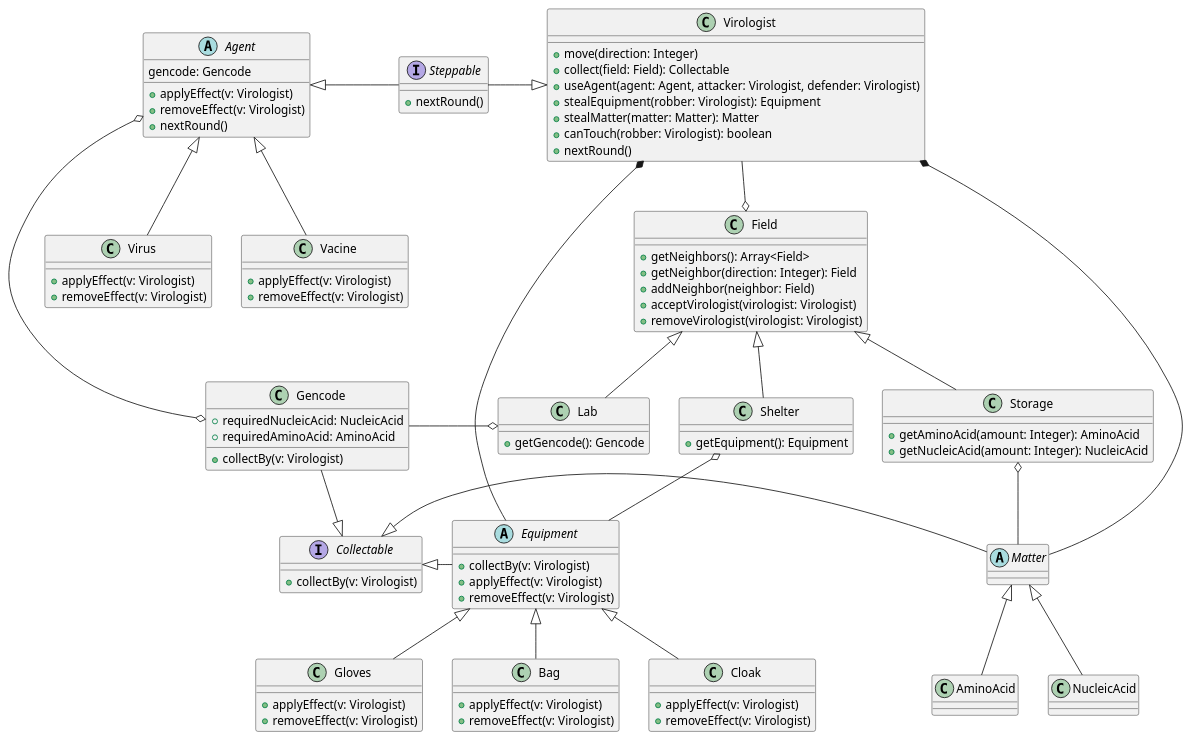
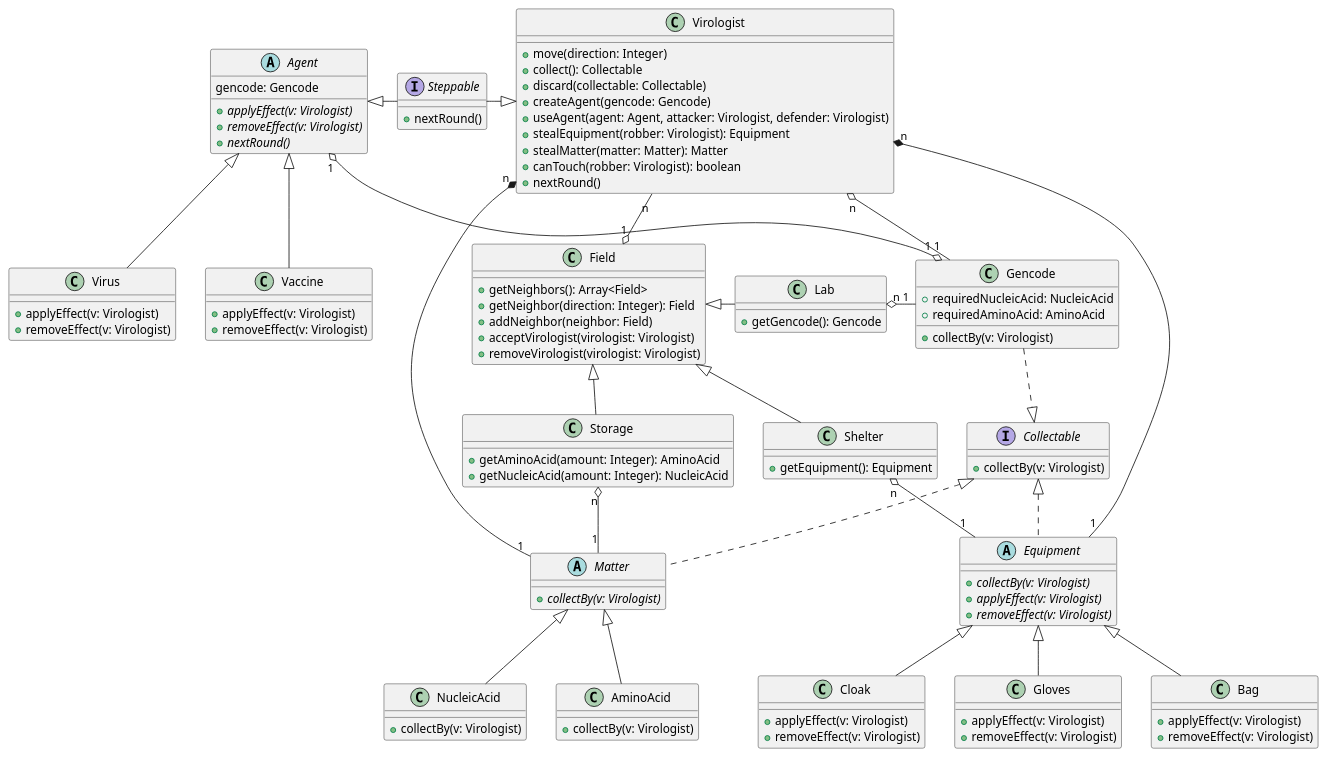
One commit to Projlab-csb/projlab-virologus changed the diagram in class-diagram/main-diagram.puml. Above: the diagram before and after it, drawn with PlantUML.

Commit message:
[Wip]: Class diagram change requests, numbering connections, and abstract functions

```diff
--- a/class-diagram/main-diagram.puml
+++ b/class-diagram/main-diagram.puml
@@ -1,125 +1,133 @@
 @startuml
 
 interface Steppable{
     'Invoked at the start of the next Round eg. reduce the Agent's lifetime
     +nextRound()
 }
 
 interface Collectable{
     +collectBy(v: Virologist)
 }
 
 class Field{
     +getNeighbors(): Array<Field>
     +getNeighbor(direction: Integer): Field
     +addNeighbor(neighbor: Field)
     +acceptVirologist(virologist: Virologist)
     +removeVirologist(virologist: Virologist)
 }
 
 class Lab{
     +getGencode(): Gencode
 }
 
 class Storage{
     +getAminoAcid(amount: Integer): AminoAcid
     +getNucleicAcid(amount: Integer): NucleicAcid
 }
 
 class Shelter{
     '+getEquipmentCount(): Integer
     +getEquipment(): Equipment
 }
 
 class Virologist {
     +move(direction: Integer)
-    +collect(field: Field): Collectable
+    'In the collect function we can use the this.getField()
+    +collect(): Collectable
+    +discard(collectable: Collectable)
+    +createAgent(gencode: Gencode)
     +useAgent(agent: Agent, attacker: Virologist, defender: Virologist)
     +stealEquipment(robber: Virologist): Equipment
     +stealMatter(matter: Matter): Matter
     +canTouch(robber: Virologist): boolean
     +nextRound()
 }
 
 abstract class Matter {
-
+    {abstract} +collectBy(v: Virologist)
 }
 
-class AminoAcid
-class NucleicAcid
+class AminoAcid{
+    +collectBy(v: Virologist)
+}
+class NucleicAcid{
+    +collectBy(v: Virologist)
+}
 
 abstract class Equipment {
-    +collectBy(v: Virologist)
-    +applyEffect(v: Virologist)
-    +removeEffect(v: Virologist)
+    {abstract} +collectBy(v: Virologist)
+    {abstract} +applyEffect(v: Virologist)
+    {abstract} +removeEffect(v: Virologist)
 }
 
 class Cloak{
     +applyEffect(v: Virologist)
     +removeEffect(v: Virologist)
 }
 
 class Gloves{
     +applyEffect(v: Virologist)
     +removeEffect(v: Virologist)
 }
 
 class Bag{
     +applyEffect(v: Virologist)
     +removeEffect(v: Virologist)
 }
 
 abstract class Agent{
     gencode: Gencode
-    +applyEffect(v: Virologist)
-    +removeEffect(v: Virologist)
-    +nextRound()
+    {abstract} +applyEffect(v: Virologist)
+    {abstract} +removeEffect(v: Virologist)
+    {abstract} +nextRound()
 }
 
 class Virus{
     +applyEffect(v: Virologist)
     +removeEffect(v: Virologist)
 }
 
-class Vacine{
+class Vaccine{
     +applyEffect(v: Virologist)
     +removeEffect(v: Virologist)
 }
 
 'This Gencode is basically the crafting receipt of the Agent
 class Gencode {
     +requiredNucleicAcid: NucleicAcid
-    +requiredAminoAcid: AminoAcid
+    + requiredAminoAcid: AminoAcid
     +collectBy(v: Virologist)
 }
 
-Field <|-- Lab
+Field <|- Lab
 Field <|-- Storage
 Field <|-- Shelter
 
-Lab o- Gencode
-Shelter o-- Equipment
-Storage o-- Matter
+Lab "n" o- "1" Gencode
+Shelter "n" o-- "1" Equipment
+Storage "n" o-- "1" Matter
 
-Virologist --o Field
-Virologist *-d- Matter
-Virologist *-d- Equipment
+Virologist "n" --o "1" Field
+Virologist "n" *-d- "1" Matter
+Virologist "n" *-d- "1" Equipment
 Virologist <|-l Steppable
+Virologist "n" o-d- "1" Gencode
 
 Matter <|-- AminoAcid
 Matter <|-- NucleicAcid
 
 Equipment <|-- Cloak
 Equipment <|-- Gloves
 Equipment <|-- Bag
 
 Agent <|- Steppable
 Agent <|-- Virus
-Agent <|-- Vacine
-Agent o--o Gencode
+Agent <|-- Vaccine
+Agent "1" o--o "1" Gencode
 
-Collectable <|-l Gencode
-Collectable <|- Equipment
-Collectable <|- Matter
+Collectable <|.l Gencode
+Collectable <|.. Equipment
+Collectable <|. Matter
 
 @enduml
```
